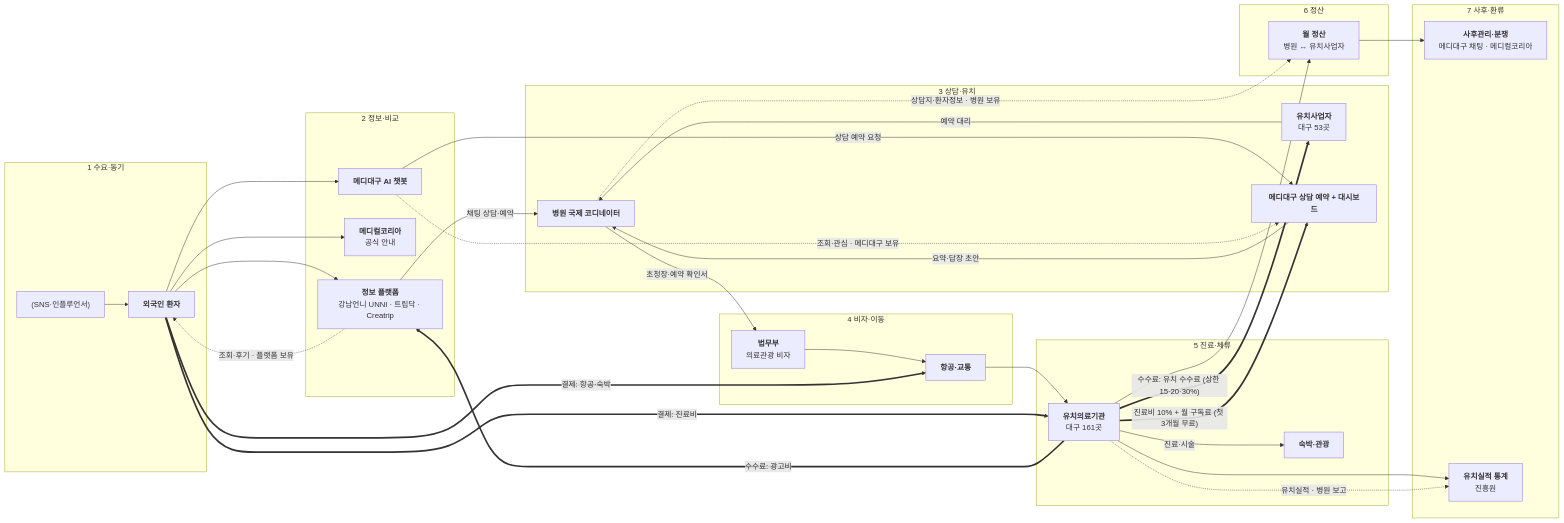
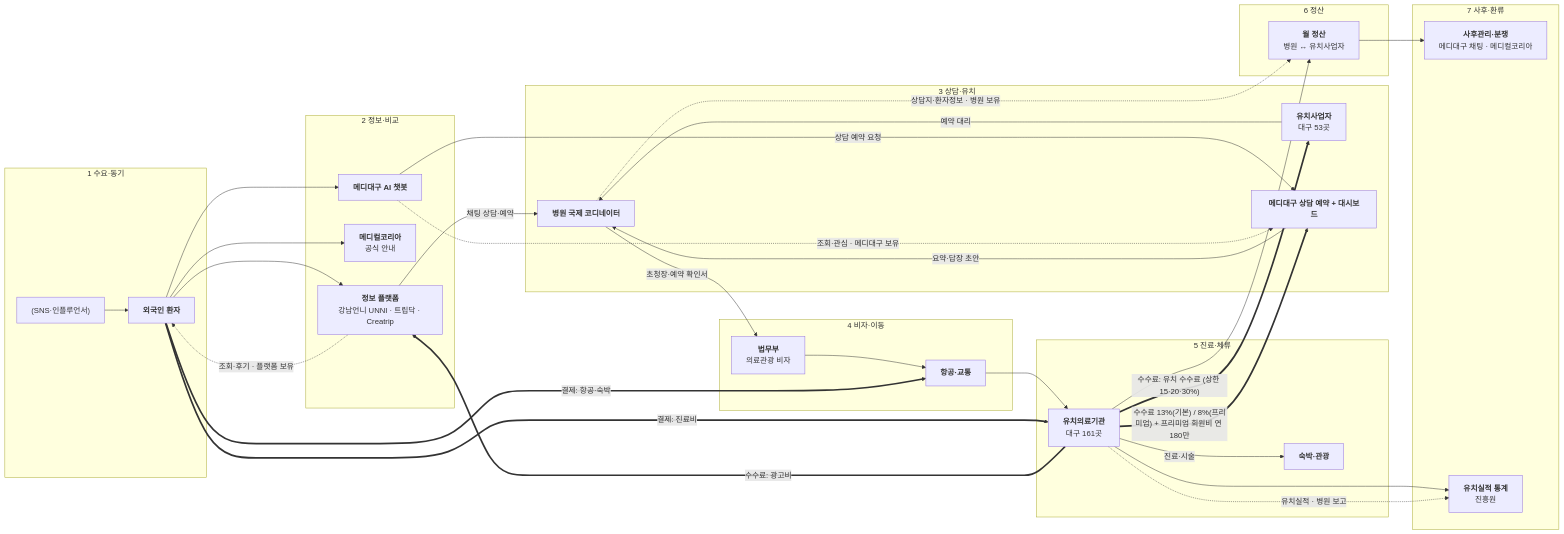
Before and after one commit to k-1026/AXA: the diagram in valuechain/step2-3_산업밸류체인.md, drawn with Mermaid. The commit also changed 3 other files, not shown here.

Commit message:
[update] 남은 구독료 표현을 요금안 v4로 — ROI·VPC·피치 outline·밸류체인 그림 (프리미엄 연 ₩1,800,000 + 8% / 기본 13%)

````diff
--- a/valuechain/step2-3_산업밸류체인.md
+++ b/valuechain/step2-3_산업밸류체인.md
@@ -40,59 +40,59 @@
 ```mermaid
 flowchart LR
     subgraph S1["1 수요·동기"]
         PAT["<b>외국인 환자</b>"]
         SNS["(SNS·인플루언서)"]
     end
     subgraph S2["2 정보·비교"]
         PLAT["<b>정보 플랫폼</b><br/>강남언니 UNNI · 트립닥 · Creatrip"]
         MK["<b>메디컬코리아</b><br/>공식 안내"]
         MD1["<b>메디대구 AI 챗봇</b>"]
     end
     subgraph S3["3 상담·유치"]
         FAC["<b>유치사업자</b><br/>대구 53곳"]
         COORD["<b>병원 국제 코디네이터</b>"]
         MD2["<b>메디대구 상담 예약 + 대시보드</b>"]
     end
     subgraph S4["4 비자·이동"]
         MOJ["<b>법무부</b><br/>의료관광 비자"]
         AIR["<b>항공·교통</b>"]
     end
     subgraph S5["5 진료·체류"]
         HOSP["<b>유치의료기관</b><br/>대구 161곳"]
         STAY["<b>숙박·관광</b>"]
     end
     subgraph S6["6 정산"]
         SETTLE["<b>월 정산</b><br/>병원 ↔ 유치사업자"]
     end
     subgraph S7["7 사후·환류"]
         AFTER["<b>사후관리·분쟁</b><br/>메디대구 채팅 · 메디컬코리아"]
         STAT["<b>유치실적 통계</b><br/>진흥원"]
     end
 
     SNS --> PAT
     PAT --> PLAT
     PAT --> MK
     PAT --> MD1
     PLAT -->|"채팅 상담·예약"| COORD
     MD1 -->|"상담 예약 요청"| MD2
     MD2 -->|"요약·답장 초안"| COORD
     FAC -->|"예약 대리"| COORD
     COORD -->|"초청장·예약 확인서"| MOJ
     MOJ --> AIR
     AIR --> HOSP
     HOSP -->|"진료·시술"| STAY
     HOSP --> SETTLE
     SETTLE --> AFTER
     HOSP --> STAT
 
     PAT ==>|"결제: 진료비"| HOSP
     PAT ==>|"결제: 항공·숙박"| AIR
     HOSP ==>|"수수료: 광고비"| PLAT
     HOSP ==>|"수수료: 유치 수수료 (상한 15·20·30%)"| FAC
-    HOSP ==>|"진료비 10% + 월 구독료 (첫 3개월 무료)"| MD2
+    HOSP ==>|"수수료 13%(기본) / 8%(프리미엄) + 프리미엄 회원비 연 180만"| MD2
 
     MD1 -.->|"조회·관심 · 메디대구 보유"| MD2
     PLAT -.->|"조회·후기 · 플랫폼 보유"| PAT
     COORD -.->|"상담지·환자정보 · 병원 보유"| SETTLE
     HOSP -.->|"유치실적 · 병원 보고"| STAT
 ```
````
